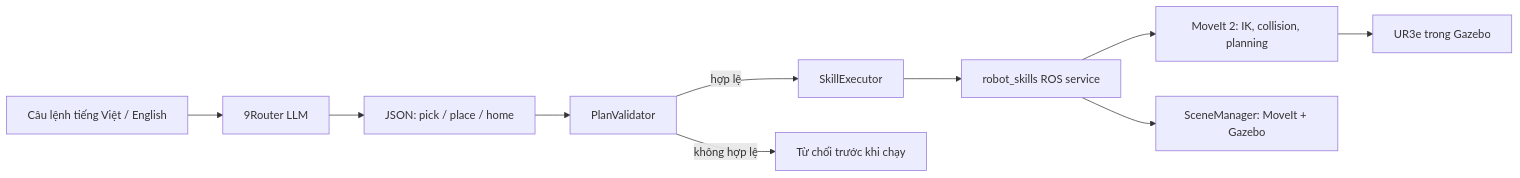
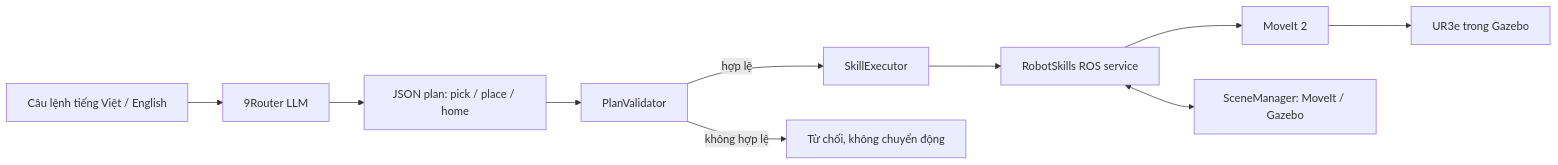
Before and after one commit to kieudung12/HRI_k68e-re: the diagram in README.md, drawn with Mermaid. The commit also changed other lines of this file, not shown here.

````diff
--- a/README.md
+++ b/README.md
@@ -19,12 +29,12 @@
 ```mermaid
 flowchart LR
   U[Câu lệnh tiếng Việt / English] --> L[9Router LLM]
-  L --> J[JSON: pick / place / home]
-  J --> V[PlanValidator]
+  L --> P[JSON plan: pick / place / home]
+  P --> V[PlanValidator]
   V -->|hợp lệ| E[SkillExecutor]
-  V -->|không hợp lệ| X[Từ chối trước khi chạy]
-  E --> S[robot_skills ROS service]
-  S --> M[MoveIt 2: IK, collision, planning]
+  V -->|không hợp lệ| R[Từ chối, không chuyển động]
+  E --> S[RobotSkills ROS service]
+  S --> M[MoveIt 2]
   M --> G[UR3e trong Gazebo]
-  S --> C[SceneManager: MoveIt + Gazebo]
+  S <--> C[SceneManager: MoveIt / Gazebo]
 ```
````
